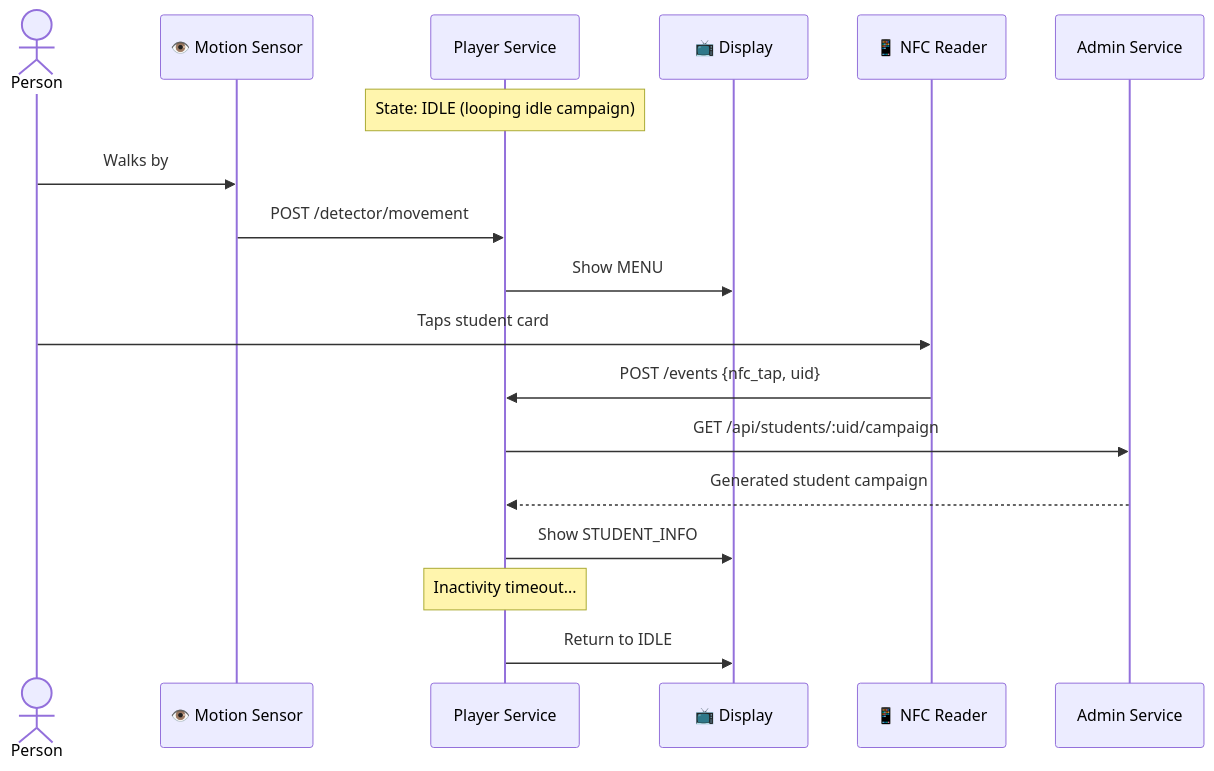
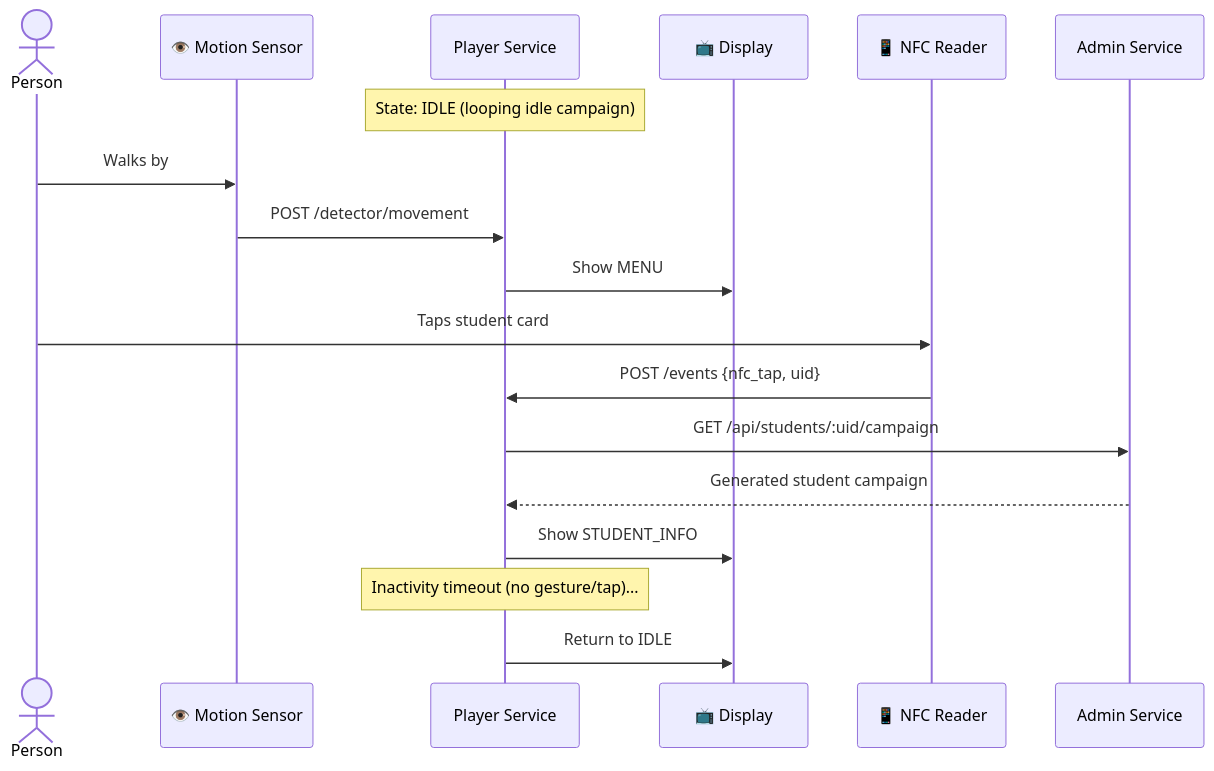
Before and after one commit to fergouchyahya/IDS: the fifth of 6 diagrams in docs/architecture/overview.md, drawn with Mermaid. The commit also changed other lines of this file and 42 other files, not shown here.

````diff
--- a/docs/architecture/overview.md
+++ b/docs/architecture/overview.md
@@ -148,24 +152,24 @@
 ```mermaid
 sequenceDiagram
     actor Person
     participant PIR as 👁️ Motion Sensor
     participant Player as Player Service
     participant Screen as 📺 Display
     participant NFC as 📱 NFC Reader
     participant Admin as Admin Service
 
     Note over Player: State: IDLE (looping idle campaign)
 
     Person->>PIR: Walks by
     PIR->>Player: POST /detector/movement
     Player->>Screen: Show MENU
 
     Person->>NFC: Taps student card
     NFC->>Player: POST /events {nfc_tap, uid}
     Player->>Admin: GET /api/students/:uid/campaign
     Admin-->>Player: Generated student campaign
     Player->>Screen: Show STUDENT_INFO
 
-    Note over Player: Inactivity timeout...
+    Note over Player: Inactivity timeout (no gesture/tap)...
     Player->>Screen: Return to IDLE
 ```
````
